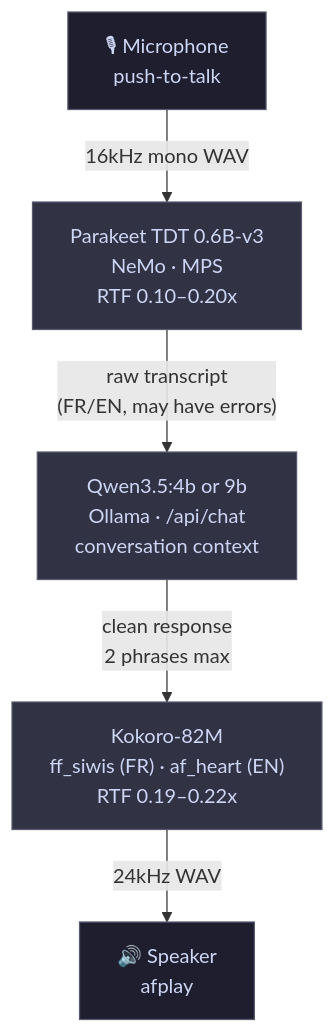
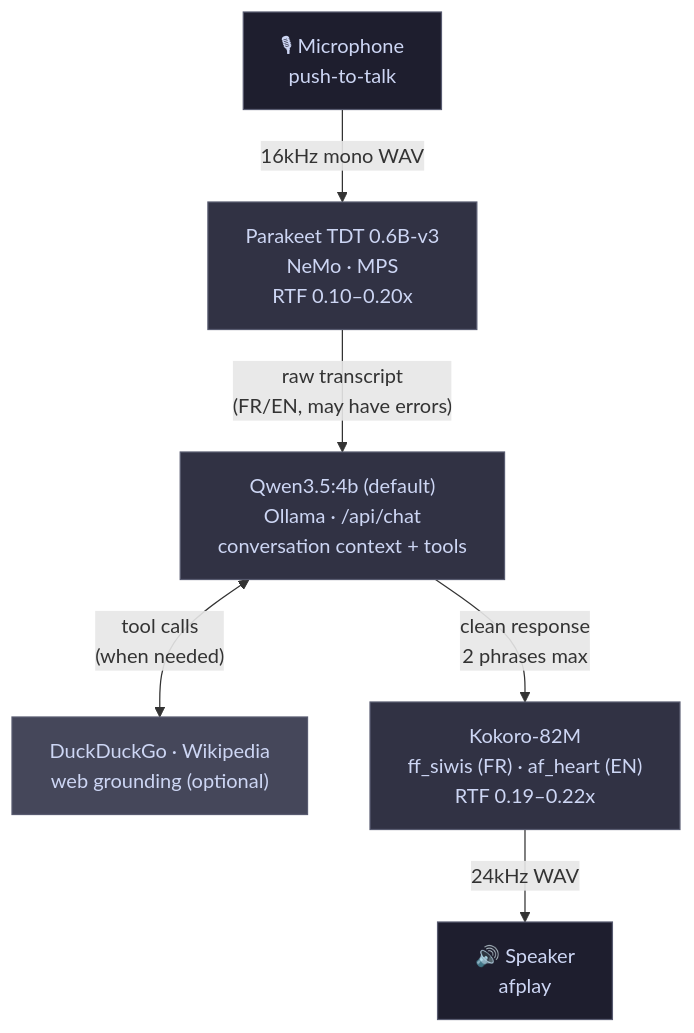
The diagram in README.md (slchatham/VoiceLLM), drawn with Mermaid before and after one commit. The commit also changed other lines of this file, not shown here.

````diff
--- a/README.md
+++ b/README.md
@@ -11,19 +11,22 @@
 ```mermaid
 flowchart TD
     MIC["🎙 Microphone\npush-to-talk"]
     STT["Parakeet TDT 0.6B-v3\nNeMo · MPS\nRTF 0.10–0.20x"]
-    LM["Qwen3.5:4b or 9b\nOllama · /api/chat\nconversation context"]
+    LM["Qwen3.5:4b (default)\nOllama · /api/chat\nconversation context + tools"]
+    TOOLS["DuckDuckGo · Wikipedia\nweb grounding (optional)"]
     TTS["Kokoro-82M\nff_siwis (FR) · af_heart (EN)\nRTF 0.19–0.22x"]
     SPK["🔊 Speaker\nafplay"]
 
     MIC -->|"16kHz mono WAV"| STT
     STT -->|"raw transcript\n(FR/EN, may have errors)"| LM
+    LM <-->|"tool calls\n(when needed)"| TOOLS
     LM -->|"clean response\n2 phrases max"| TTS
     TTS -->|"24kHz WAV"| SPK
 
-    style MIC fill:#1e1e2e,color:#cdd6f4,stroke:#585b70
-    style STT fill:#313244,color:#cdd6f4,stroke:#585b70
-    style LM  fill:#313244,color:#cdd6f4,stroke:#585b70
-    style TTS fill:#313244,color:#cdd6f4,stroke:#585b70
-    style SPK fill:#1e1e2e,color:#cdd6f4,stroke:#585b70
+    style MIC   fill:#1e1e2e,color:#cdd6f4,stroke:#585b70
+    style STT   fill:#313244,color:#cdd6f4,stroke:#585b70
+    style LM    fill:#313244,color:#cdd6f4,stroke:#585b70
+    style TOOLS fill:#45475a,color:#cdd6f4,stroke:#585b70
+    style TTS   fill:#313244,color:#cdd6f4,stroke:#585b70
+    style SPK   fill:#1e1e2e,color:#cdd6f4,stroke:#585b70
 ```
````
